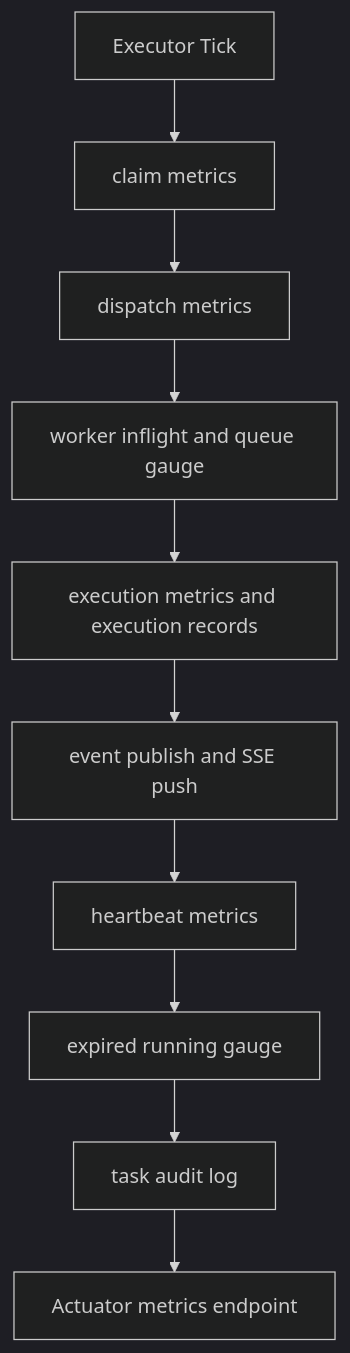
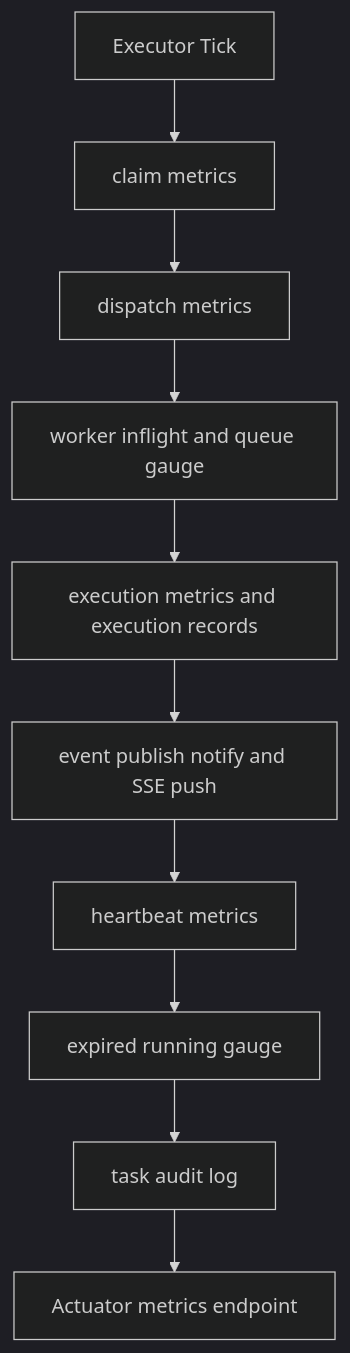
One commit to letmetocode/agent changed the first of 2 diagrams in docs/design/08-observability-and-ops.md. Above: the diagram before and after it, drawn with Mermaid (dark theme). The commit also changed other lines of this file and 14 other files, not shown here.

````diff
--- a/docs/design/08-observability-and-ops.md
+++ b/docs/design/08-observability-and-ops.md
@@ -12,12 +12,12 @@
 ```mermaid
 flowchart TD
     A[Executor Tick] --> B[claim metrics]
     B --> C[dispatch metrics]
     C --> D[worker inflight and queue gauge]
     D --> E[execution metrics and execution records]
-    E --> F[event publish and SSE push]
+    E --> F[event publish notify and SSE push]
     F --> G[heartbeat metrics]
     G --> H[expired running gauge]
     H --> I[task audit log]
     I --> J[Actuator metrics endpoint]
 ```
````
